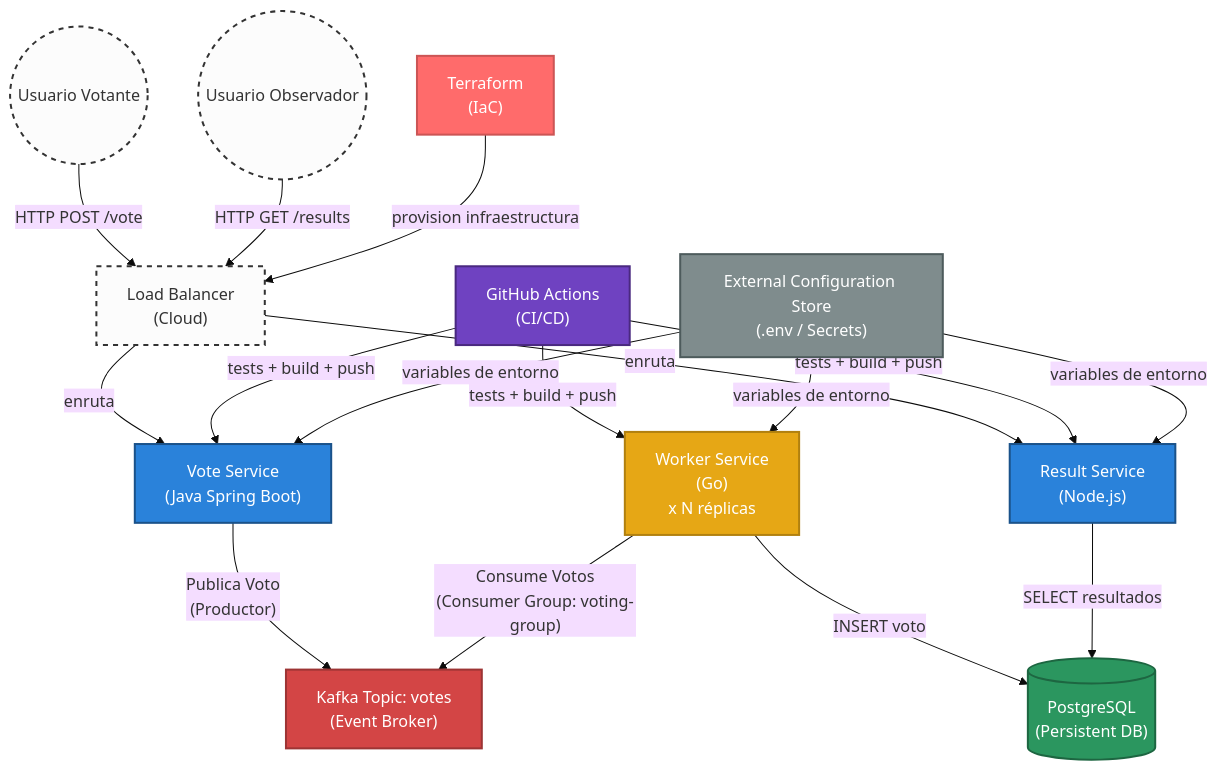
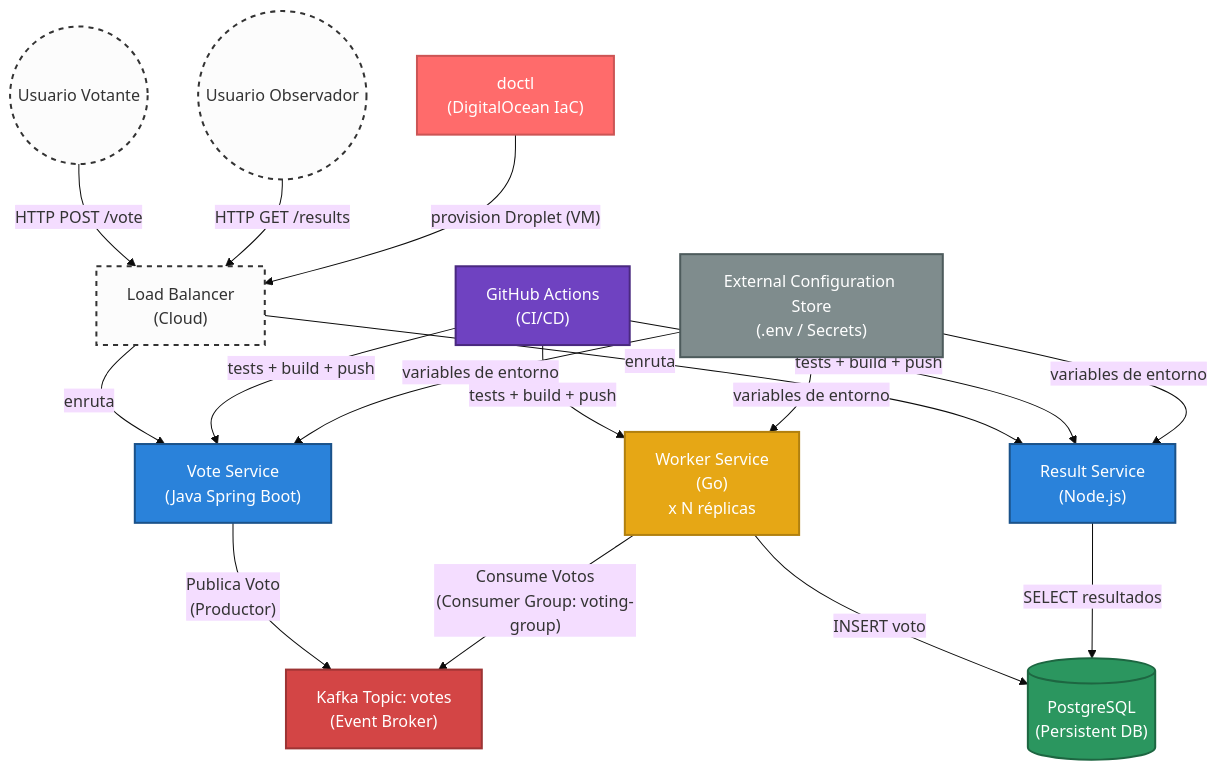
The diagram in Taller1.md (Ingesoft-V/microservices-demo), drawn with Mermaid (base theme) before and after one commit. The commit also changed other lines of this file and 12 other files, not shown here.

Commit message:
refactor(infra): migrate Azure Terraform pipeline to DigitalOcean doctl

````diff
--- a/Taller1.md
+++ b/Taller1.md
@@ -86,47 +86,47 @@
 ```mermaid
 graph TD
     classDef frontend fill:#2a82da,stroke:#1a528a,stroke-width:2px,color:#fff
     classDef worker fill:#e6a715,stroke:#b1800f,stroke-width:2px,color:#fff
     classDef broker fill:#d34545,stroke:#9d3434,stroke-width:2px,color:#fff
     classDef db fill:#2b965f,stroke:#1d6641,stroke-width:2px,color:#fff
     classDef external fill:#fcfcfc,stroke:#333,stroke-width:2px,stroke-dasharray: 5 5
     classDef ci fill:#6f42c1,stroke:#4a2980,stroke-width:2px,color:#fff
     classDef infra fill:#ff6b6b,stroke:#cc5555,stroke-width:2px,color:#fff
     classDef config fill:#7f8c8d,stroke:#4d5b5c,stroke-width:2px,color:#fff
 
     Votante((Usuario Votante)):::external
     Observador((Usuario Observador)):::external
 
     Ingress["Load Balancer\n(Cloud)"]:::external
 
     Vote["Vote Service\n(Java Spring Boot)"]:::frontend
     Result["Result Service\n(Node.js)"]:::frontend
     Worker["Worker Service\n(Go)\nx N réplicas"]:::worker
 
     Kafka["Kafka Topic: votes\n(Event Broker)"]:::broker
     Postgres[("PostgreSQL\n(Persistent DB)")]:::db
 
     GitHub["GitHub Actions\n(CI/CD)"]:::ci
-    Terraform["Terraform\n(IaC)"]:::infra
+    Doctl["doctl\n(DigitalOcean IaC)"]:::infra
     ConfigStore["External Configuration Store\n(.env / Secrets)"]:::config
 
     Votante -->|"HTTP POST /vote"| Ingress
     Observador -->|"HTTP GET /results"| Ingress
 
     Ingress -->|"enruta"| Vote
     Ingress -->|"enruta"| Result
 
     Vote -->|"Publica Voto\n(Productor)"| Kafka
     Worker -->|"Consume Votos\n(Consumer Group: voting-group)"| Kafka
 
     Worker -->|"INSERT voto"| Postgres
     Result -->|"SELECT resultados"| Postgres
 
     GitHub -->|"tests + build + push"| Vote
     GitHub -->|"tests + build + push"| Worker
     GitHub -->|"tests + build + push"| Result
-    Terraform -->|"provision infraestructura"| Ingress
+    Doctl -->|"provision Droplet (VM)"| Ingress
     ConfigStore -->|"variables de entorno"| Vote
     ConfigStore -->|"variables de entorno"| Worker
     ConfigStore -->|"variables de entorno"| Result
 ```
````
